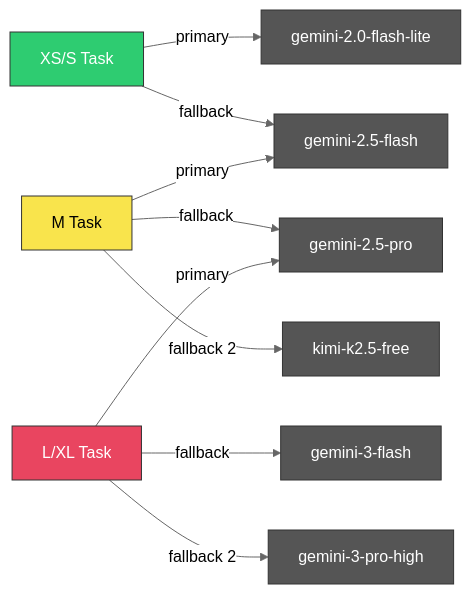
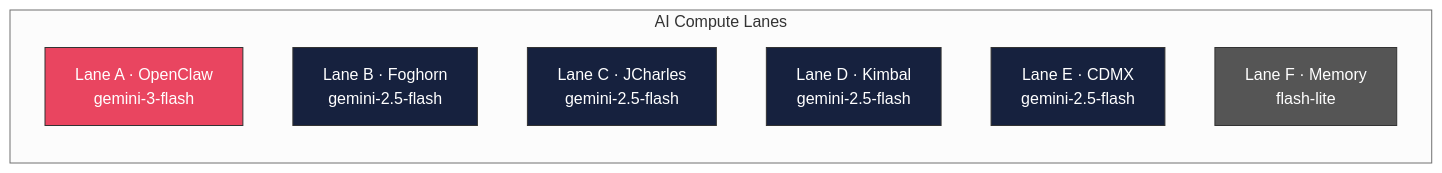
One commit to doc-rogers/workshop changed the first of 2 diagrams in README.md. Above: the diagram before and after it, drawn with Mermaid (neutral theme). The commit also changed other lines of this file, not shown here.

````diff
--- a/README.md
+++ b/README.md
@@ -107,23 +184,18 @@
 ```mermaid
 graph LR
-    XS["XS/S Task"] -->|primary| FL["gemini-2.0-flash-lite"]
-    XS -->|fallback| F25["gemini-2.5-flash"]
-    
-    M["M Task"] -->|primary| F25
-    M -->|fallback| P25["gemini-2.5-pro"]
-    M -->|fallback 2| K["kimi-k2.5-free"]
-    
-    XL["L/XL Task"] -->|primary| P25
-    XL -->|fallback| F3["gemini-3-flash"]
-    XL -->|fallback 2| P3["gemini-3-pro-high"]
+    subgraph LANES["AI Compute Lanes"]
+        A["Lane A · OpenClaw<br/>gemini-3-flash"]
+        B["Lane B · Foghorn<br/>gemini-2.5-flash"]
+        C["Lane C · JCharles<br/>gemini-2.5-flash"]
+        D["Lane D · Kimbal<br/>gemini-2.5-flash"]
+        E["Lane E · CDMX<br/>gemini-2.5-flash"]
+        F["Lane F · Memory<br/>flash-lite"]
+    end
 
-    style XS fill:#2ecc71,stroke:#333,color:#fff
-    style M fill:#f9e44c,stroke:#333,color:#000
-    style XL fill:#e94560,stroke:#333,color:#fff
-    style FL fill:#555,stroke:#333,color:#fff
-    style F25 fill:#555,stroke:#333,color:#fff
-    style P25 fill:#555,stroke:#333,color:#fff
-    style K fill:#555,stroke:#333,color:#fff
-    style F3 fill:#555,stroke:#333,color:#fff
-    style P3 fill:#555,stroke:#333,color:#fff
+    style A fill:#e94560,stroke:#333,color:#fff
+    style B fill:#16213e,stroke:#333,color:#fff
+    style C fill:#16213e,stroke:#333,color:#fff
+    style D fill:#16213e,stroke:#333,color:#fff
+    style E fill:#16213e,stroke:#333,color:#fff
+    style F fill:#555,stroke:#333,color:#fff
 ```
````
